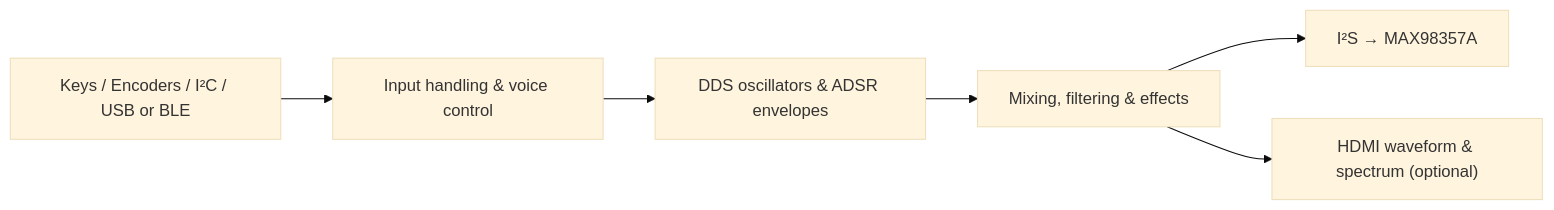
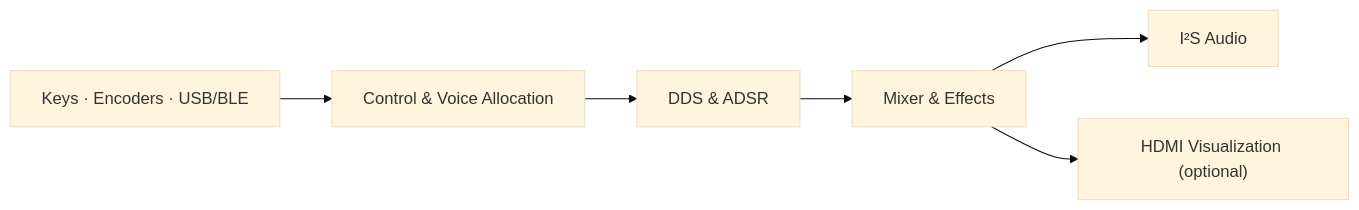
Before and after one commit to Alioth-31/BeatIt-TangNano20K: the diagram in README.md, drawn with Mermaid (base theme). The commit also changed other lines of this file, not shown here.

````diff
--- a/README.md
+++ b/README.md
@@ -31,11 +28,8 @@
 ```mermaid
 flowchart LR
-    IN["Keys / Encoders / I²C / USB or BLE"]
-    CTL["Input handling & voice control"]
-    SYN["DDS oscillators & ADSR envelopes"]
-    MIX["Mixing, filtering & effects"]
-    OUT["I²S → MAX98357A"]
-    VIS["HDMI waveform & spectrum (optional)"]
-    IN --> CTL --> SYN --> MIX --> OUT
-    MIX --> VIS
+    A["Keys · Encoders · USB/BLE"] --> B["Control & Voice Allocation"]
+    B --> C["DDS & ADSR"]
+    C --> D["Mixer & Effects"]
+    D --> E["I²S Audio"]
+    D --> F["HDMI Visualization (optional)"]
 ```
````
